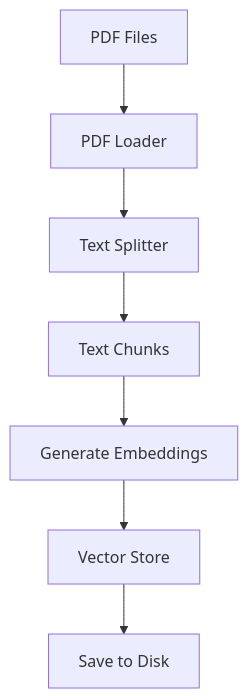
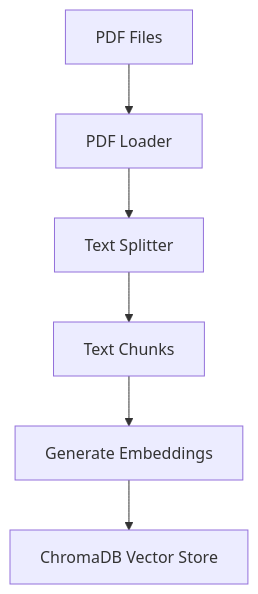
Before and after one commit to mrballistic/ableton-helpbot: the diagram in memory-bank/techContext.md, drawn with Mermaid. The commit also changed other lines of this file and 11 other files, not shown here.

````diff
--- a/memory-bank/techContext.md
+++ b/memory-bank/techContext.md
@@ -119,9 +125,8 @@
 ```mermaid
 flowchart TD
     PDF[PDF Files] --> Loader[PDF Loader]
     Loader --> Splitter[Text Splitter]
     Splitter --> Chunks[Text Chunks]
     Chunks --> Embeddings[Generate Embeddings]
-    Embeddings --> VectorStore[Vector Store]
-    VectorStore --> Persistence[Save to Disk]
+    Embeddings --> VectorStore[ChromaDB Vector Store]
 ```
````
